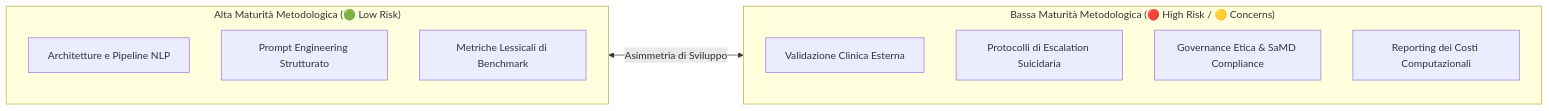
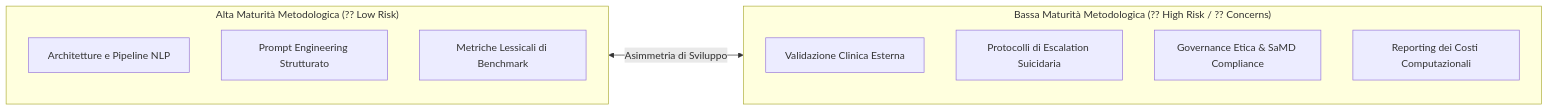
The second of 2 diagrams in content/traffic-light-quality-appraisal-clinical-ai.md (andreaferrari7-star/andreaferrari.github.io), drawn with Mermaid before and after one commit. The commit also changed other lines of this file and 224 other files, not shown here.

````diff
--- a/content/traffic-light-quality-appraisal-clinical-ai.md
+++ b/content/traffic-light-quality-appraisal-clinical-ai.md
@@ -70,17 +139,33 @@
 ```mermaid
+
 graph LR
-    subgraph HighMaturity ["Alta Maturità Metodologica (🟢 Low Risk)"]
+
+    subgraph HighMaturity ["Alta Maturità Metodologica (?? Low Risk)"]
+
         F1["Architetture e Pipeline NLP"]
+
         F2["Prompt Engineering Strutturato"]
+
         F3["Metriche Lessicali di Benchmark"]
+
     end
 
-    subgraph LowMaturity ["Bassa Maturità Metodologica (🔴 High Risk / 🟡 Concerns)"]
+
+
+    subgraph LowMaturity ["Bassa Maturità Metodologica (?? High Risk / ?? Concerns)"]
+
         W1["Validazione Clinica Esterna"]
+
         W2["Protocolli di Escalation Suicidaria"]
+
         W3["Governance Etica & SaMD Compliance"]
+
         W4["Reporting dei Costi Computazionali"]
+
     end
 
+
+
     HighMaturity <-->|"Asimmetria di Sviluppo"| LowMaturity
+
 ```
````
